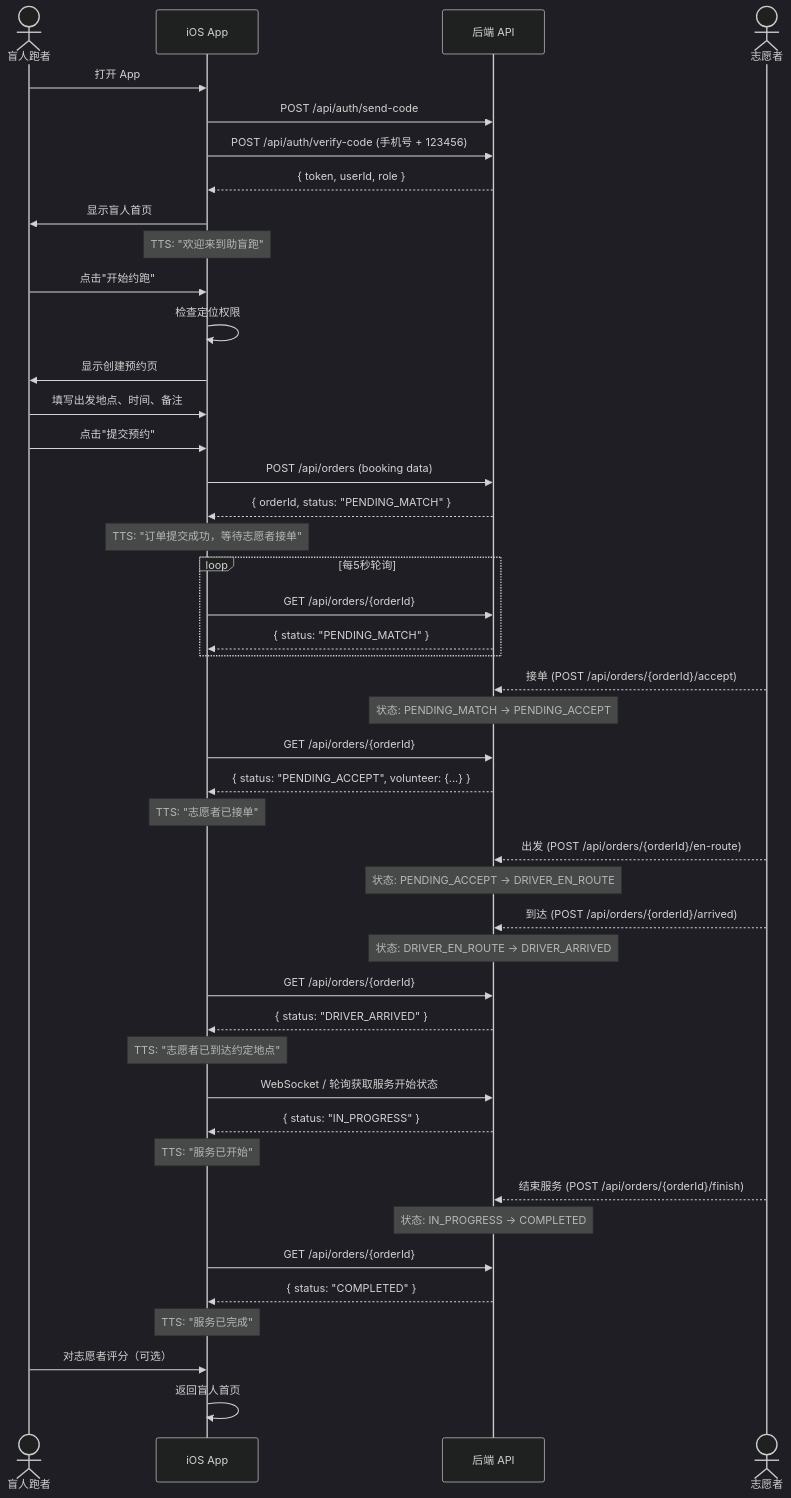
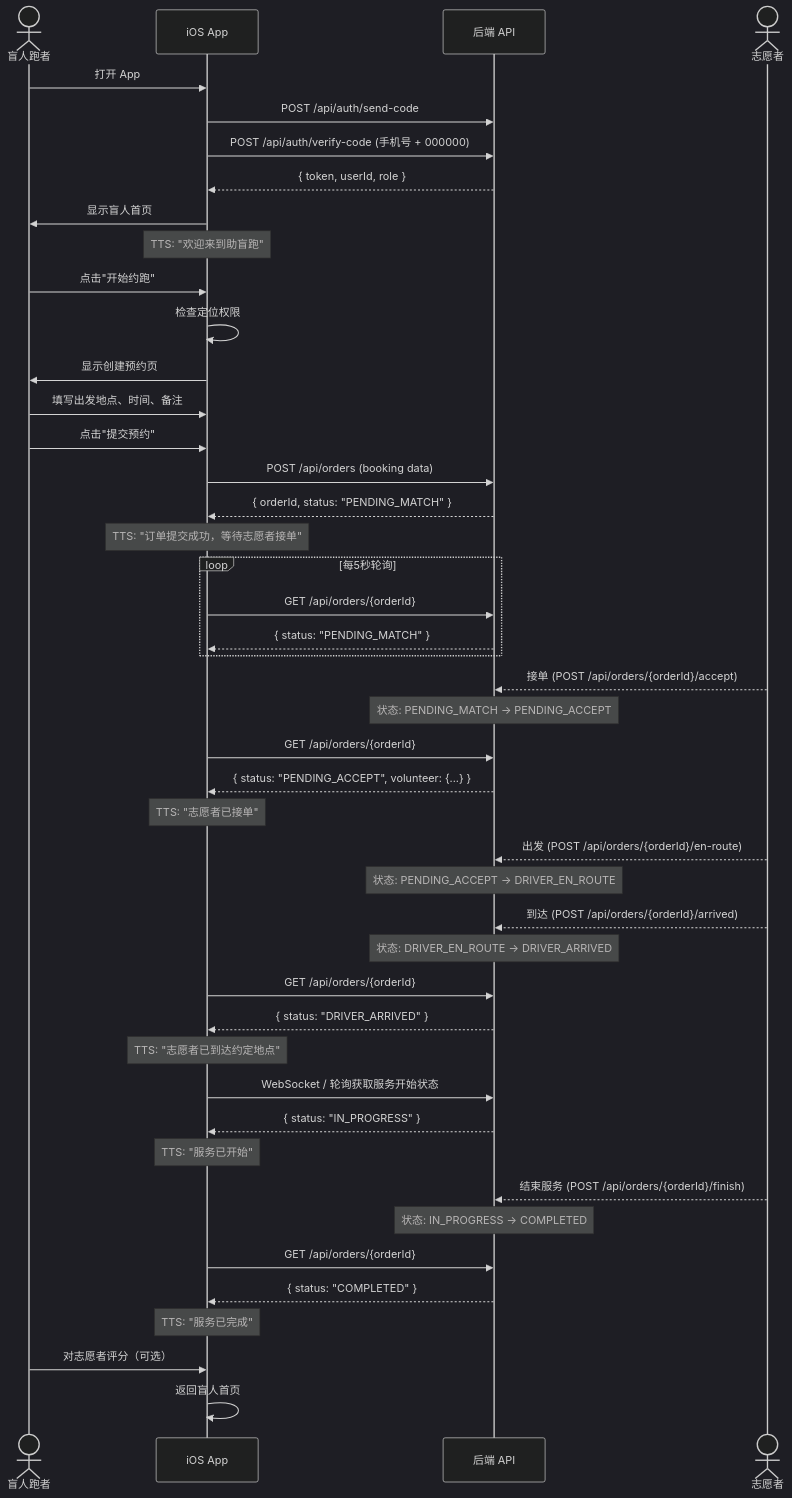
Before and after one commit to Jayden23018/blind-run-ios: the third of 7 diagrams in docs/04-user-flows-and-state-machine.md, drawn with Mermaid (dark theme). The commit also changed other lines of this file and 256 other files, not shown here.

````diff
--- a/docs/04-user-flows-and-state-machine.md
+++ b/docs/04-user-flows-and-state-machine.md
@@ -121,60 +121,60 @@
 ```mermaid
 sequenceDiagram
     actor BR as 盲人跑者
     participant App as iOS App
     participant API as 后端 API
     actor VOL as 志愿者
 
     BR->>App: 打开 App
     App->>API: POST /api/auth/send-code
-    App->>API: POST /api/auth/verify-code (手机号 + 123456)
+    App->>API: POST /api/auth/verify-code (手机号 + 000000)
     API-->>App: { token, userId, role }
     App->>BR: 显示盲人首页
     Note over App: TTS: "欢迎来到助盲跑"
 
     BR->>App: 点击"开始约跑"
     App->>App: 检查定位权限
     App->>BR: 显示创建预约页
 
     BR->>App: 填写出发地点、时间、备注
     BR->>App: 点击"提交预约"
     App->>API: POST /api/orders (booking data)
     API-->>App: { orderId, status: "PENDING_MATCH" }
     Note over App: TTS: "订单提交成功，等待志愿者接单"
 
     loop 每5秒轮询
         App->>API: GET /api/orders/{orderId}
         API-->>App: { status: "PENDING_MATCH" }
     end
 
     VOL-->>API: 接单 (POST /api/orders/{orderId}/accept)
     Note over API: 状态: PENDING_MATCH → PENDING_ACCEPT
 
     App->>API: GET /api/orders/{orderId}
     API-->>App: { status: "PENDING_ACCEPT", volunteer: {...} }
     Note over App: TTS: "志愿者已接单"
 
     VOL-->>API: 出发 (POST /api/orders/{orderId}/en-route)
     Note over API: 状态: PENDING_ACCEPT → DRIVER_EN_ROUTE
 
     VOL-->>API: 到达 (POST /api/orders/{orderId}/arrived)
     Note over API: 状态: DRIVER_EN_ROUTE → DRIVER_ARRIVED
 
     App->>API: GET /api/orders/{orderId}
     API-->>App: { status: "DRIVER_ARRIVED" }
     Note over App: TTS: "志愿者已到达约定地点"
 
     App->>API: WebSocket / 轮询获取服务开始状态
     API-->>App: { status: "IN_PROGRESS" }
     Note over App: TTS: "服务已开始"
 
     VOL-->>API: 结束服务 (POST /api/orders/{orderId}/finish)
     Note over API: 状态: IN_PROGRESS → COMPLETED
 
     App->>API: GET /api/orders/{orderId}
     API-->>App: { status: "COMPLETED" }
     Note over App: TTS: "服务已完成"
 
     BR->>App: 对志愿者评分（可选）
     App->>App: 返回盲人首页
 ```
````
